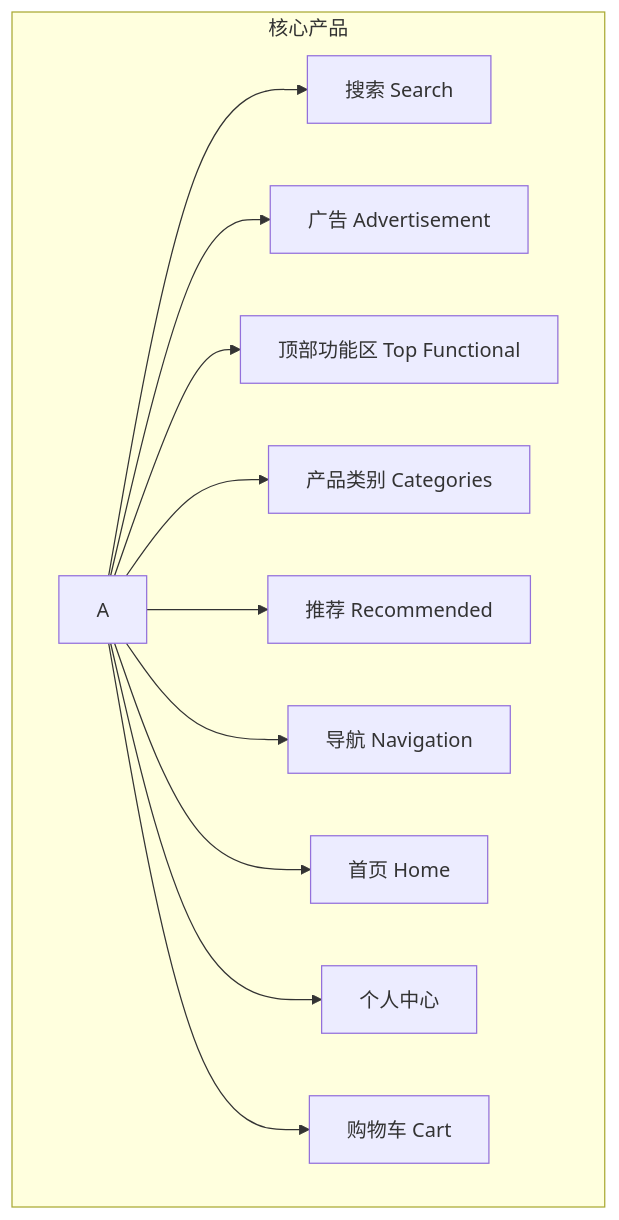
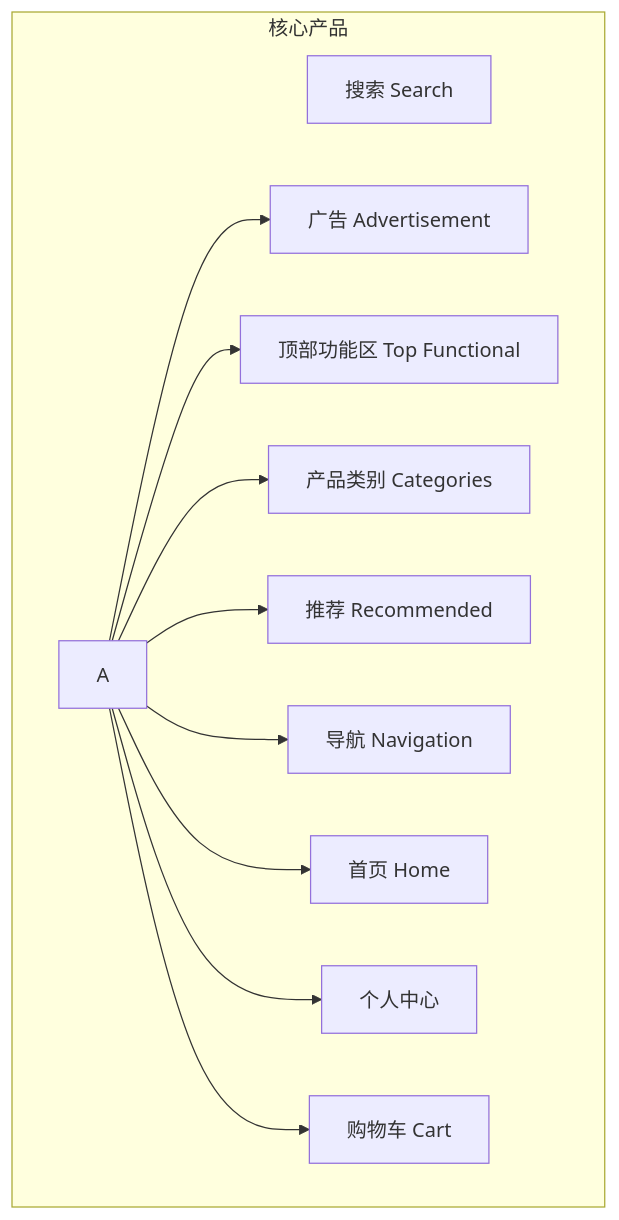
Before and after one commit to Zora0203/iodraw-files: the diagram in all/TEMU链路图.md, drawn with Mermaid.

Commit message:
2025-03-02 19:02:00 update

````diff
--- a/all/TEMU链路图.md
+++ b/all/TEMU链路图.md
@@ -1,18 +1,18 @@
 ```mermaid
 flowchart TB
 
 
     subgraph 核心产品
-    A --> B[搜索 Search]
+    B[搜索 Search]
     A --> C[广告 Advertisement]
     A --> D[顶部功能区 Top Functional]
     A --> H[产品类别 Categories]
     A --> I[推荐 Recommended]
     A --> J[导航 Navigation]
     A --> K[首页 Home]
     A --> M[个人中心]
     A --> N[购物车 Cart]
     end
     
    
 ```
````
